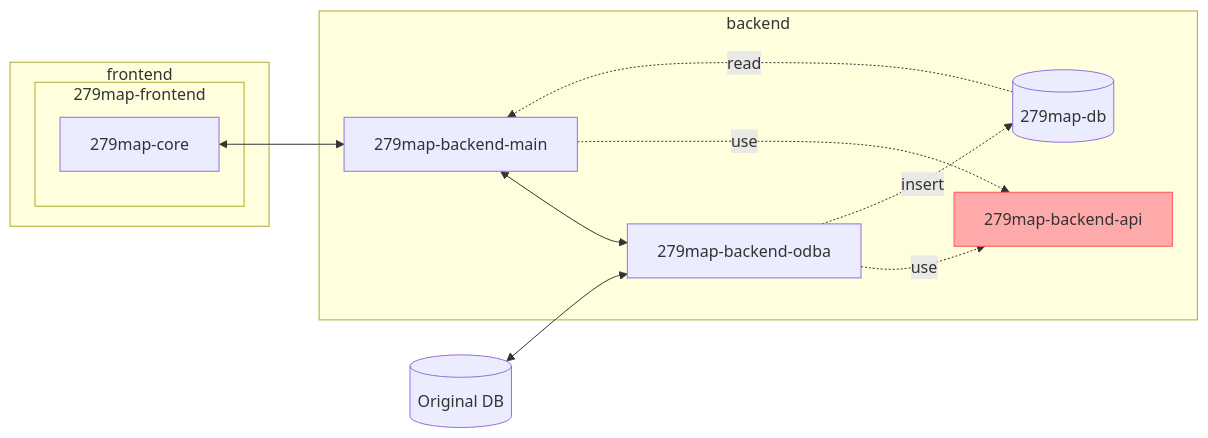
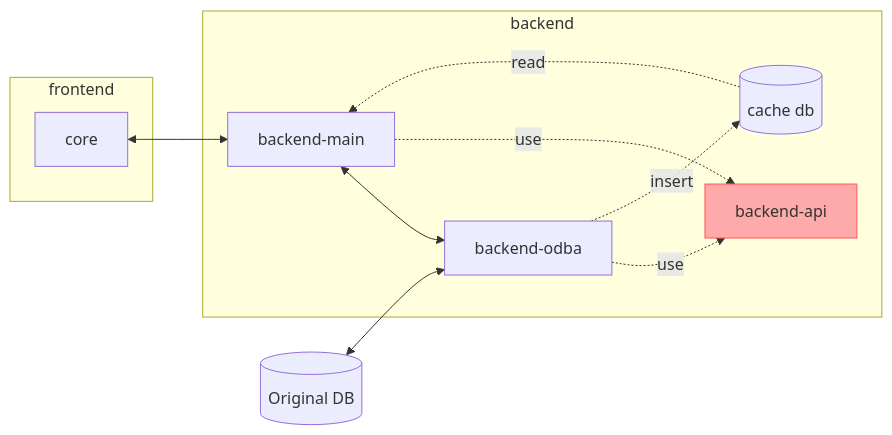
The diagram in README.md (satocheeen/279map-backend-api), drawn with Mermaid before and after one commit. The commit also changed other lines of this file, not shown here.

````diff
--- a/README.md
+++ b/README.md
@@ -4,24 +19,22 @@
 ```mermaid
 flowchart LR
 	subgraph frontend
-		subgraph 279map-frontend
-			279map-core
-		end
+    core
 	end
 
 	subgraph backend
-		db[("279map-db")]
-		279map-backend-main
+		db[("cache db")]
+		backend-main
 
-		279map-backend-main <--> odba["279map-backend-odba"]
-		odba-."use".->279map-backend-api
-		279map-backend-main-."use".->279map-backend-api
+		backend-main <--> odba["backend-odba"]
+		odba-."use".->backend-api
+		backend-main-."use".->backend-api
 
-		db -.read.-> 279map-backend-main
+		db -.read.-> backend-main
 		odba -.insert.-> db
 	end
-	279map-core <--> 279map-backend-main
+	core <--> backend-main
 	original-db[("Original DB")] <--> odba
-	
-	style 279map-backend-api fill:#faa, stroke:#f55
+
+	style backend-api fill:#faa, stroke:#f55
 ```
````
